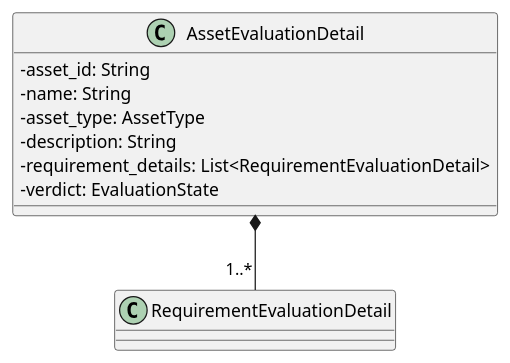
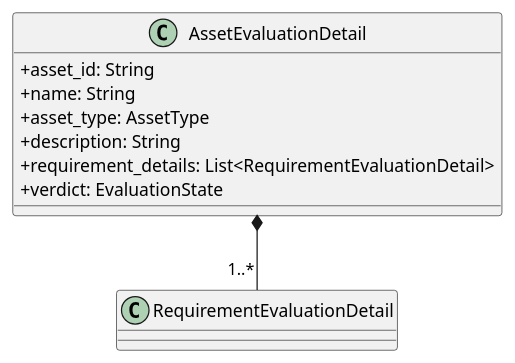
One commit to GroupRubberDuck/Documentazione changed the diagram in src/PB/DocumentazioneEsterna/Specifica_Tecnica/content/uml/puml/Diagrammi_classi/Backend/Domain/AssetEvaluationDetail.puml. Above: the diagram before and after it, drawn with PlantUML. The commit also changed 92 other files, not shown here.

Commit message:
revisionati asset e device evaluation detail

```diff
--- a/src/PB/DocumentazioneEsterna/Specifica_Tecnica/content/uml/puml/Diagrammi_classi/Backend/Domain/AssetEvaluationDetail.puml
+++ b/src/PB/DocumentazioneEsterna/Specifica_Tecnica/content/uml/puml/Diagrammi_classi/Backend/Domain/AssetEvaluationDetail.puml
@@ -1,15 +1,15 @@
 @startuml AssetEvaluationDetail
 skinparam classAttributeIconSize 0
   
 class AssetEvaluationDetail {
-    - asset_id: String
-    - name: String
-    - asset_type: AssetType
-    - description: String
-    - requirement_details: List<RequirementEvaluationDetail>
-    - verdict: EvaluationState
+    + asset_id: String
+    + name: String
+    + asset_type: AssetType
+    + description: String
+    + requirement_details: List<RequirementEvaluationDetail>
+    + verdict: EvaluationState
 }
 
 AssetEvaluationDetail *--"1..*" RequirementEvaluationDetail
 
 @enduml
```
